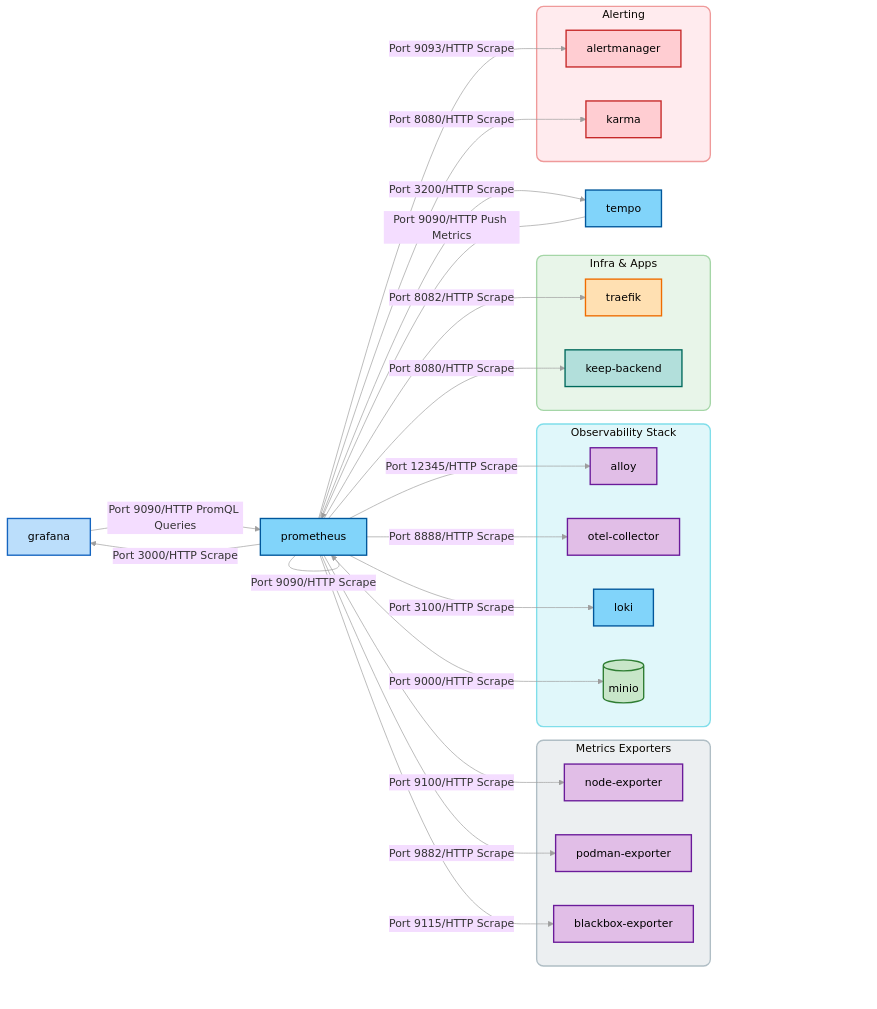
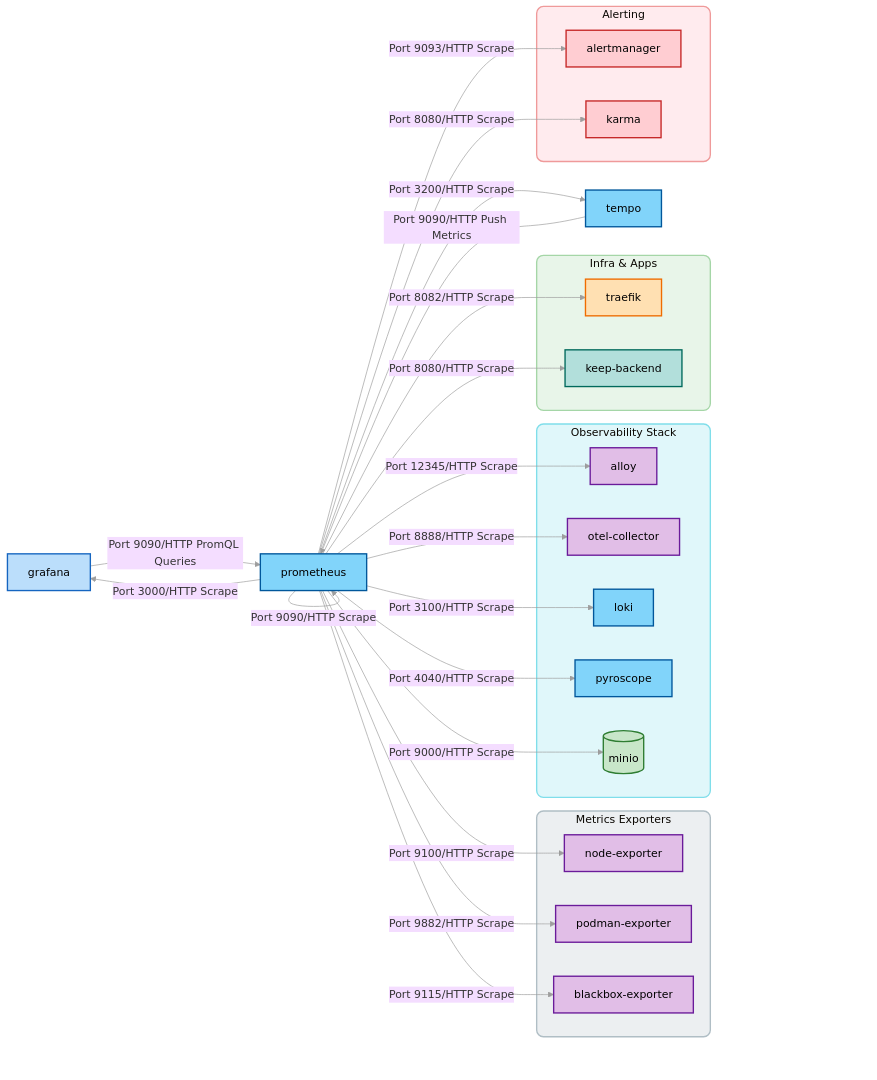
One commit to tedsluis/monitoring changed the diagram in mermaid/prometheus-detailed-diagram.mmd. Above: the diagram before and after it, drawn with Mermaid. The commit also changed 23 other files, not shown here.

Commit message:
added mermaid diagrams, screenshots, comments and index tiles.

```diff
--- a/mermaid/prometheus-detailed-diagram.mmd
+++ b/mermaid/prometheus-detailed-diagram.mmd
@@ -1,69 +1,71 @@
 %%{init: {'theme': 'base', 'themeVariables': { 'lineColor': '#9e9e9e' }}}%%
 flowchart LR
   %% Native Mermaid Styling (No HTML) - Node Classes
   classDef uiNode fill:#bbdefb,stroke:#1565c0,stroke-width:2px,color:#000000;
   classDef appNode fill:#b2dfdb,stroke:#00695c,stroke-width:2px,color:#000000;
   classDef obsNode fill:#81d4fa,stroke:#01579b,stroke-width:2px,color:#000000;
   classDef dbNode fill:#c8e6c9,stroke:#2e7d32,stroke-width:2px,color:#000000;
   classDef proxyNode fill:#ffe0b2,stroke:#ef6c00,stroke-width:2px,color:#000000;
   classDef alertNode fill:#ffcdd2,stroke:#c62828,stroke-width:2px,color:#000000;
   classDef collectNode fill:#e1bee7,stroke:#6a1b9a,stroke-width:2px,color:#000000;
 
   %% Core Engine & UIs
   grafana[grafana]:::uiNode
   prometheus[prometheus]:::obsNode
   tempo[tempo]:::obsNode
 
   %% Core Interactions
   grafana -->|Port 9090/HTTP PromQL Queries| prometheus
   tempo -->|Port 9090/HTTP Push Metrics| prometheus
   prometheus -->|Port 9090/HTTP Scrape| prometheus
 
   %% Grouped Scrape Targets
   subgraph Exporters [Metrics Exporters]
     node_exporter[node-exporter]:::collectNode
     podman_exporter[podman-exporter]:::collectNode
     blackbox_exporter[blackbox-exporter]:::collectNode
   end
 
   subgraph Observability [Observability Stack]
     alloy[alloy]:::collectNode
     otel_collector[otel-collector]:::collectNode
     loki[loki]:::obsNode
+    pyroscope[pyroscope]:::obsNode
     minio[(minio)]:::dbNode
   end
 
   subgraph InfraApps [Infra & Apps]
     traefik[traefik]:::proxyNode
     keep_backend[keep-backend]:::appNode
   end
 
   subgraph Alerts [Alerting]
     alertmanager[alertmanager]:::alertNode
     karma[karma]:::alertNode
   end
 
   %% Prometheus Scraping Routes (Pull)
   prometheus -->|Port 3000/HTTP Scrape| grafana
   prometheus -->|Port 3200/HTTP Scrape| tempo
 
   prometheus -->|Port 9100/HTTP Scrape| node_exporter
   prometheus -->|Port 9882/HTTP Scrape| podman_exporter
   prometheus -->|Port 9115/HTTP Scrape| blackbox_exporter
 
   prometheus -->|Port 12345/HTTP Scrape| alloy
   prometheus -->|Port 8888/HTTP Scrape| otel_collector
   prometheus -->|Port 3100/HTTP Scrape| loki
+  prometheus -->|Port 4040/HTTP Scrape| pyroscope
   prometheus -->|Port 9000/HTTP Scrape| minio
 
   prometheus -->|Port 8082/HTTP Scrape| traefik
   prometheus -->|Port 8080/HTTP Scrape| keep_backend
 
   prometheus -->|Port 9093/HTTP Scrape| alertmanager
   prometheus -->|Port 8080/HTTP Scrape| karma
 
   %% Subgraph Styling (Background blocks)
   style Exporters fill:#eceff1,stroke:#b0bec5,stroke-width:2px,rx:10,ry:10
   style Observability fill:#e0f7fa,stroke:#80deea,stroke-width:2px,rx:10,ry:10
   style InfraApps fill:#e8f5e9,stroke:#a5d6a7,stroke-width:2px,rx:10,ry:10
   style Alerts fill:#ffebee,stroke:#ef9a9a,stroke-width:2px,rx:10,ry:10
```
